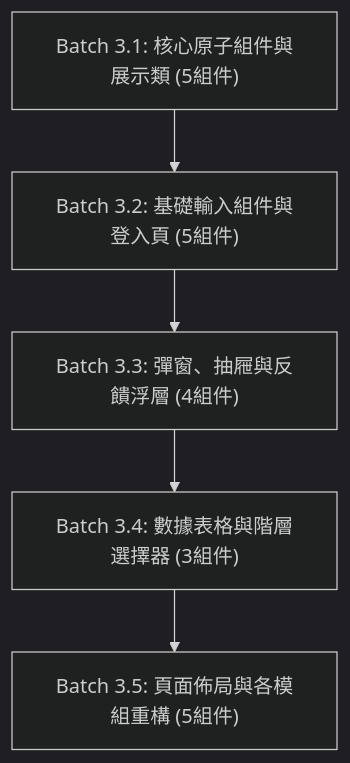
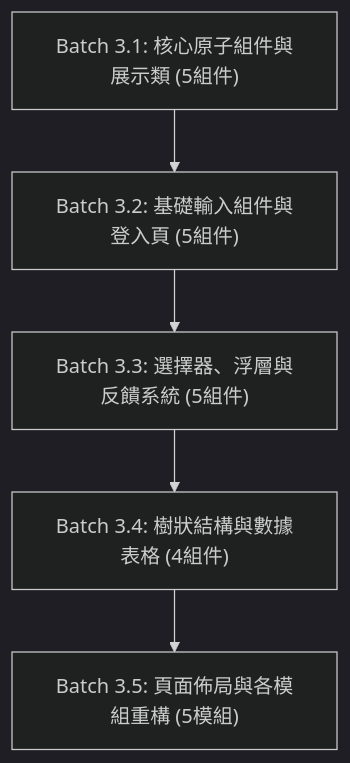
One commit to Florencea/vp-hono changed the diagram in docs/migration/phase3_bottom_up_component_migration.md. Above: the diagram before and after it, drawn with Mermaid (dark theme). The commit also changed other lines of this file and 5 other files, not shown here.

````diff
--- a/docs/migration/phase3_bottom_up_component_migration.md
+++ b/docs/migration/phase3_bottom_up_component_migration.md
@@ -21,10 +21,10 @@
 ```mermaid
 flowchart TD
     B1["Batch 3.1: 核心原子組件與展示類 (5組件)"]
     B2["Batch 3.2: 基礎輸入組件與登入頁 (5組件)"]
-    B3["Batch 3.3: 彈窗、抽屜與反饋浮層 (4組件)"]
-    B4["Batch 3.4: 數據表格與階層選擇器 (3組件)"]
-    B5["Batch 3.5: 頁面佈局與各模組重構 (5組件)"]
+    B3["Batch 3.3: 選擇器、浮層與反饋系統 (5組件)"]
+    B4["Batch 3.4: 樹狀結構與數據表格 (4組件)"]
+    B5["Batch 3.5: 頁面佈局與各模組重構 (5模組)"]
 
     B1 --> B2 --> B3 --> B4 --> B5
 ```
````
